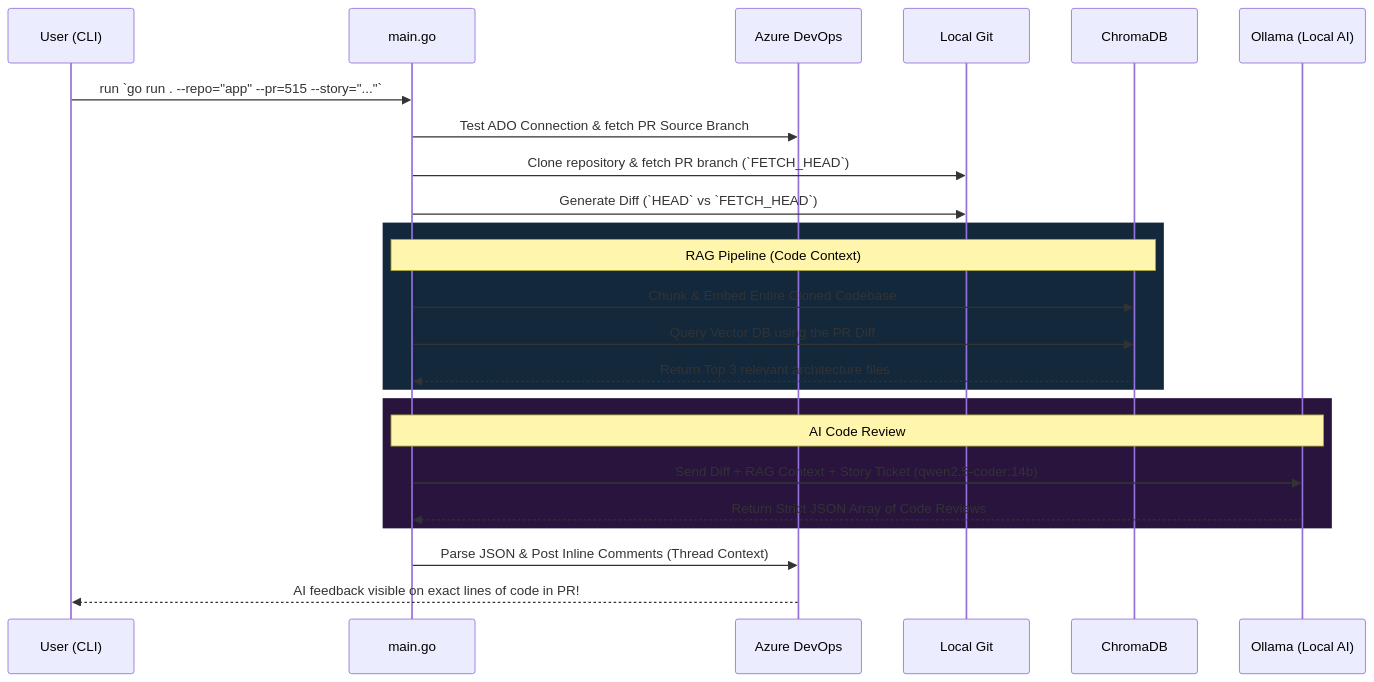
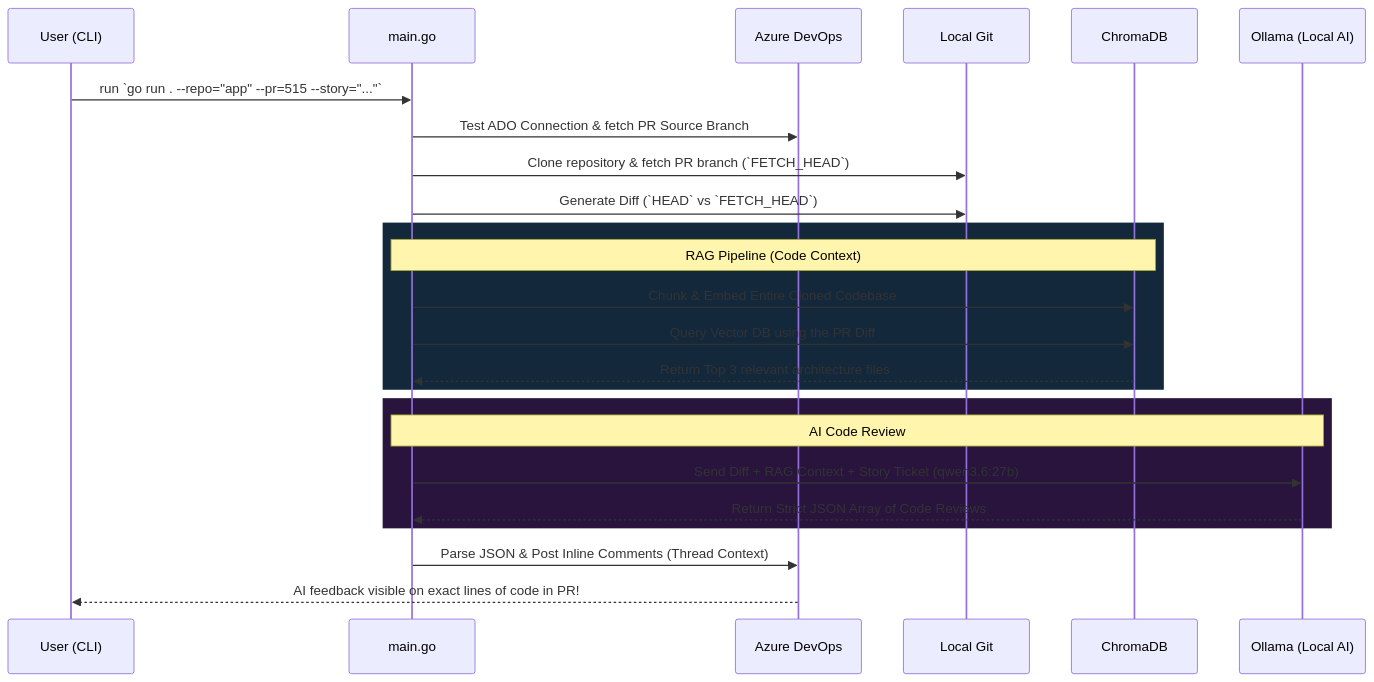
Before and after one commit to kaushal9678/ai-experiments: the diagram in 02-code-review-agent/README.md, drawn with Mermaid. The commit also changed other lines of this file and 2 other files, not shown here.

````diff
--- a/02-code-review-agent/README.md
+++ b/02-code-review-agent/README.md
@@ -27,30 +27,30 @@
 ```mermaid
 sequenceDiagram
     participant U as User (CLI)
     participant M as main.go
     participant ADO as Azure DevOps
     participant Git as Local Git
     participant VDB as ChromaDB
     participant AI as Ollama (Local AI)
 
     U->>M: run `go run . --repo="app" --pr=515 --story="..."`
     M->>ADO: Test ADO Connection & fetch PR Source Branch
     M->>Git: Clone repository & fetch PR branch (`FETCH_HEAD`)
     M->>Git: Generate Diff (`HEAD` vs `FETCH_HEAD`)
     
     rect rgb(20, 40, 60)
         Note over M,VDB: RAG Pipeline (Code Context)
         M->>VDB: Chunk & Embed Entire Cloned Codebase
         M->>VDB: Query Vector DB using the PR Diff
         VDB-->>M: Return Top 3 relevant architecture files
     end
 
     rect rgb(40, 20, 60)
         Note over M,AI: AI Code Review
-        M->>AI: Send Diff + RAG Context + Story Ticket (qwen2.5-coder:14b)
+        M->>AI: Send Diff + RAG Context + Story Ticket (qwen3.6:27b)
         AI-->>M: Return Strict JSON Array of Code Reviews
     end
 
     M->>ADO: Parse JSON & Post Inline Comments (Thread Context)
     ADO-->>U: AI feedback visible on exact lines of code in PR!
 ```
````
